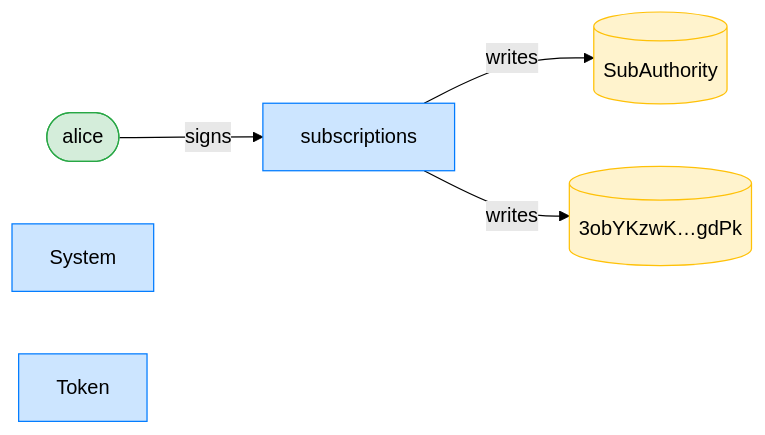
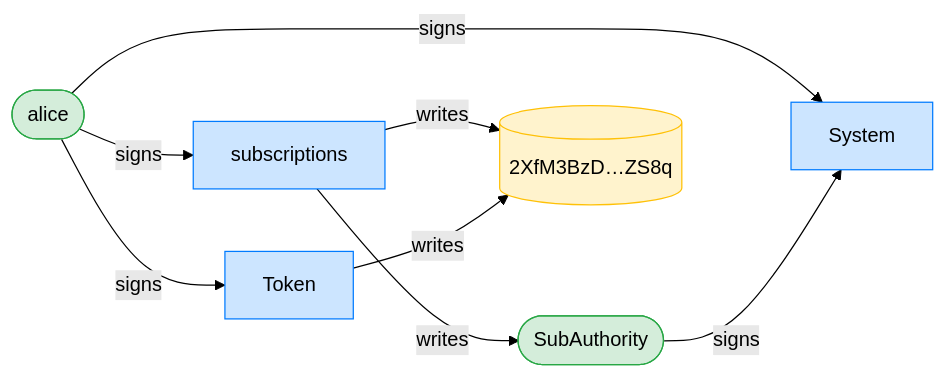
One commit to cds-rs/subscriptions changed the third of 8 diagrams in dsl_tests/a-sponsor-cannot-revoke-a-non-expired-recurring-delegation.md. Above: the diagram before and after it, drawn with Mermaid (forest theme). The commit also changed other lines of this file and 224 other files, not shown here.

````diff
--- a/dsl_tests/a-sponsor-cannot-revoke-a-non-expired-recurring-delegation.md
+++ b/dsl_tests/a-sponsor-cannot-revoke-a-non-expired-recurring-delegation.md
@@ -53,15 +54,19 @@
 ```mermaid
 flowchart LR
     classDef signer fill:#d4edda,stroke:#28a745;
     classDef program fill:#cce5ff,stroke:#007bff;
     classDef writable fill:#fff3cd,stroke:#ffc107;
     subscriptions[subscriptions]:::program
     alice([alice]):::signer
-    SubAuthority[(SubAuthority)]:::writable
-    3obYKzwK_gdPk[("3obYKzwK…gdPk")]:::writable
+    SubAuthority([SubAuthority]):::signer
+    2XfM3BzD_ZS8q[("2XfM3BzD…ZS8q")]:::writable
     System[System]:::program
     Token[Token]:::program
     alice -->|signs| subscriptions
+    alice -->|signs| System
+    SubAuthority -->|signs| System
+    alice -->|signs| Token
     subscriptions -->|writes| SubAuthority
-    subscriptions -->|writes| 3obYKzwK_gdPk
+    subscriptions -->|writes| 2XfM3BzD_ZS8q
+    Token -->|writes| 2XfM3BzD_ZS8q
 ```
````
